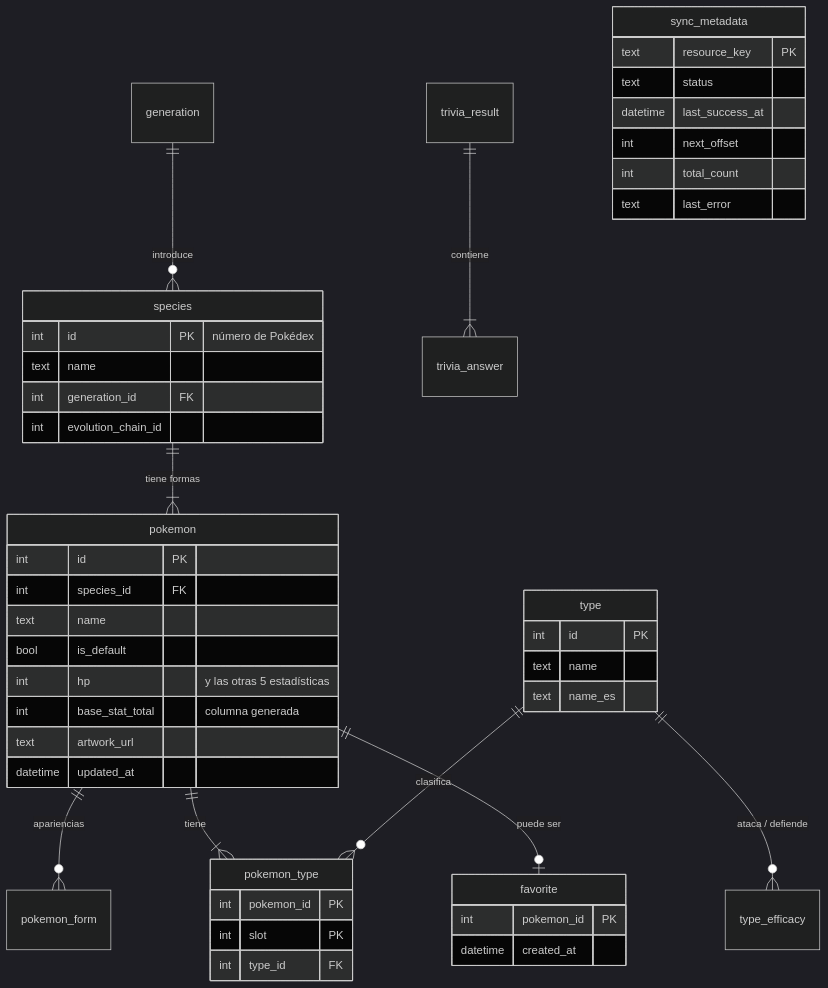
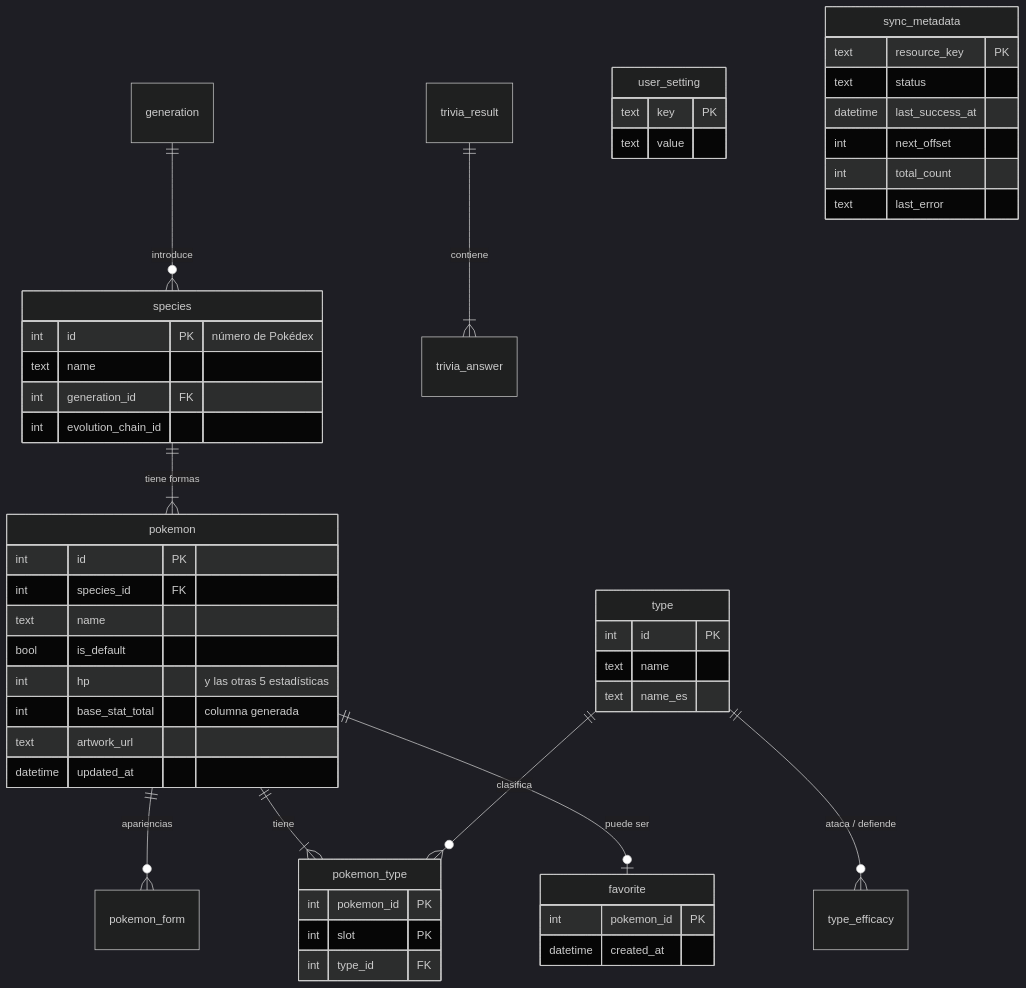
One commit to jmcompres/pokedex changed the third of 4 diagrams in README.md. Above: the diagram before and after it, drawn with Mermaid (dark theme). The commit also changed other lines of this file, not shown here.

````diff
--- a/README.md
+++ b/README.md
@@ -321,50 +321,54 @@
 ```mermaid
 erDiagram
     generation ||--o{ species : "introduce"
     species ||--|{ pokemon : "tiene formas"
     pokemon ||--o{ pokemon_form : "apariencias"
     pokemon ||--|{ pokemon_type : "tiene"
     type ||--o{ pokemon_type : "clasifica"
     type ||--o{ type_efficacy : "ataca / defiende"
     pokemon ||--o| favorite : "puede ser"
     trivia_result ||--|{ trivia_answer : "contiene"
 
     species {
         int id PK "número de Pokédex"
         text name
         int generation_id FK
         int evolution_chain_id
     }
     pokemon {
         int id PK
         int species_id FK
         text name
         bool is_default
         int hp "y las otras 5 estadísticas"
         int base_stat_total "columna generada"
         text artwork_url
         datetime updated_at
     }
     pokemon_type {
         int pokemon_id PK
         int slot PK
         int type_id FK
     }
     type {
         int id PK
         text name
         text name_es
     }
     favorite {
         int pokemon_id PK
         datetime created_at
     }
+    user_setting {
+        text key PK
+        text value
+    }
     sync_metadata {
         text resource_key PK
         text status
         datetime last_success_at
         int next_offset
         int total_count
         text last_error
     }
 ```
````
